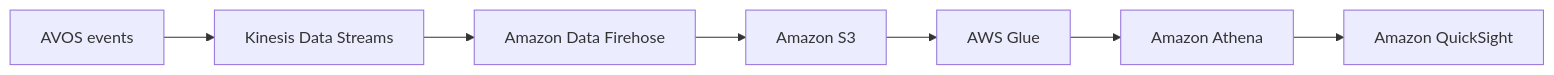
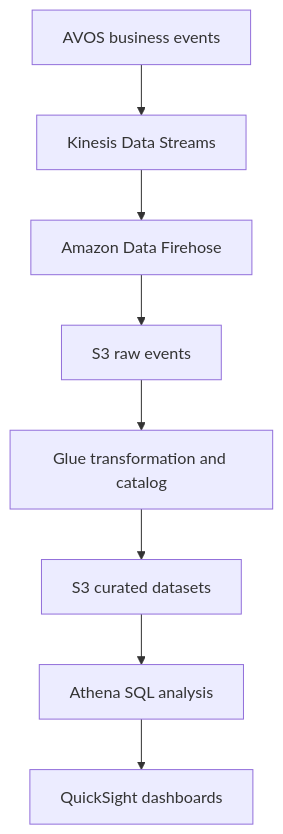
The second of 2 diagrams in README.md (Gabinsime75/African-Vibe-Online-Shop-AVOS), drawn with Mermaid before and after one commit. The commit also changed other lines of this file, not shown here.

````diff
--- a/README.md
+++ b/README.md
@@ -181,9 +211,10 @@
 ```mermaid
-flowchart LR
-    APP[AVOS events] --> KDS[Kinesis Data Streams]
-    KDS --> FH[Amazon Data Firehose]
-    FH --> S3[Amazon S3]
-    S3 --> GLUE[AWS Glue]
-    GLUE --> ATHENA[Amazon Athena]
-    ATHENA --> QS[Amazon QuickSight]
+flowchart TD
+    EVENTS["AVOS business events"] --> KINESIS["Kinesis Data Streams"]
+    KINESIS --> FIREHOSE["Amazon Data Firehose"]
+    FIREHOSE --> RAW["S3 raw events"]
+    RAW --> GLUE["Glue transformation and catalog"]
+    GLUE --> CURATED["S3 curated datasets"]
+    CURATED --> ATHENA["Athena SQL analysis"]
+    ATHENA --> QS["QuickSight dashboards"]
 ```
````
